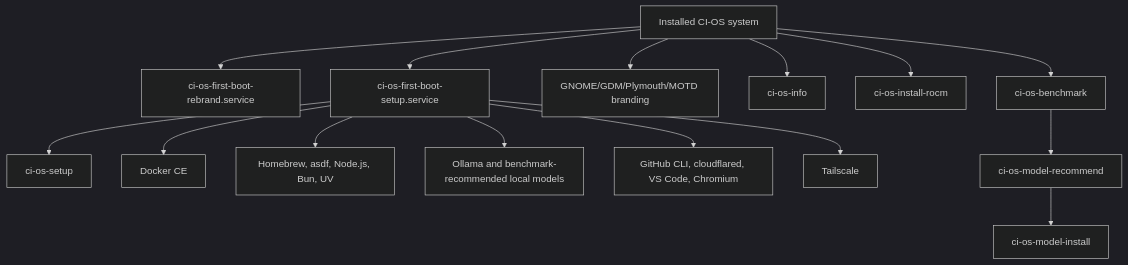
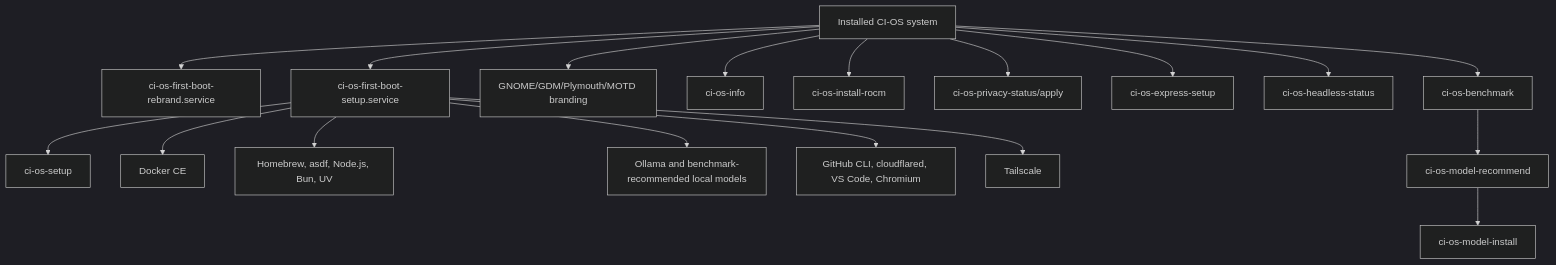
One commit to companionintelligence/CI-OS changed the fourth of 13 diagrams in architecture.MD. Above: the diagram before and after it, drawn with Mermaid (dark theme). The commit also changed other lines of this file and 6 other files, not shown here.

Commit message:
feat: add express setup and privacy commands

````diff
--- a/architecture.MD
+++ b/architecture.MD
@@ -109,29 +109,35 @@
 ```mermaid
 flowchart TB
     installed["Installed CI-OS system"]
     firstBootRebrand["ci-os-first-boot-rebrand.service"]
     firstBootSetup["ci-os-first-boot-setup.service"]
     manualSetup["ci-os-setup"]
     info["ci-os-info"]
     rocm["ci-os-install-rocm"]
     benchmark["ci-os-benchmark"]
     recommend["ci-os-model-recommend"]
     installModels["ci-os-model-install"]
+    privacy["ci-os-privacy-status/apply"]
+    express["ci-os-express-setup"]
+    headlessStatus["ci-os-headless-status"]
     desktop["GNOME/GDM/Plymouth/MOTD branding"]
 
     installed --> firstBootRebrand
     installed --> firstBootSetup
     installed --> desktop
     installed --> info
     installed --> rocm
+    installed --> privacy
+    installed --> express
+    installed --> headlessStatus
     installed --> benchmark
     benchmark --> recommend
     recommend --> installModels
     firstBootSetup --> manualSetup
 
     firstBootSetup --> docker["Docker CE"]
     firstBootSetup --> node["Homebrew, asdf, Node.js, Bun, UV"]
     firstBootSetup --> ai["Ollama and benchmark-recommended local models"]
     firstBootSetup --> devtools["GitHub CLI, cloudflared, VS Code, Chromium"]
     firstBootSetup --> network["Tailscale"]
 ```
````
